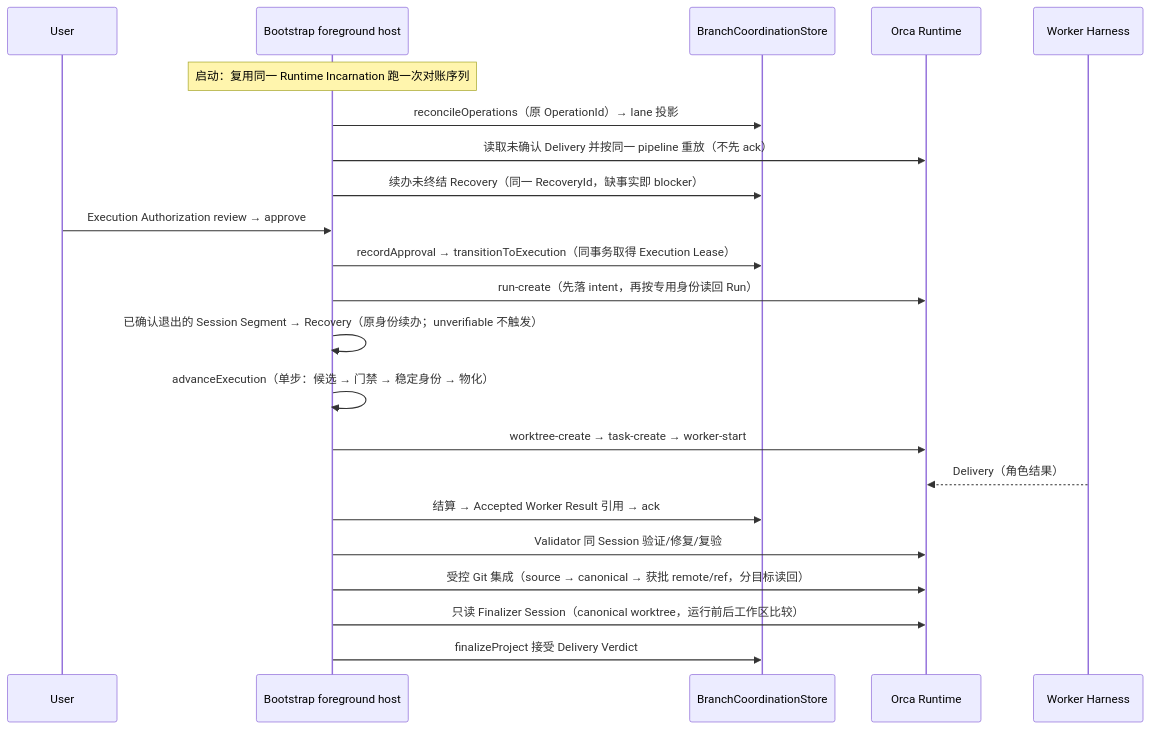
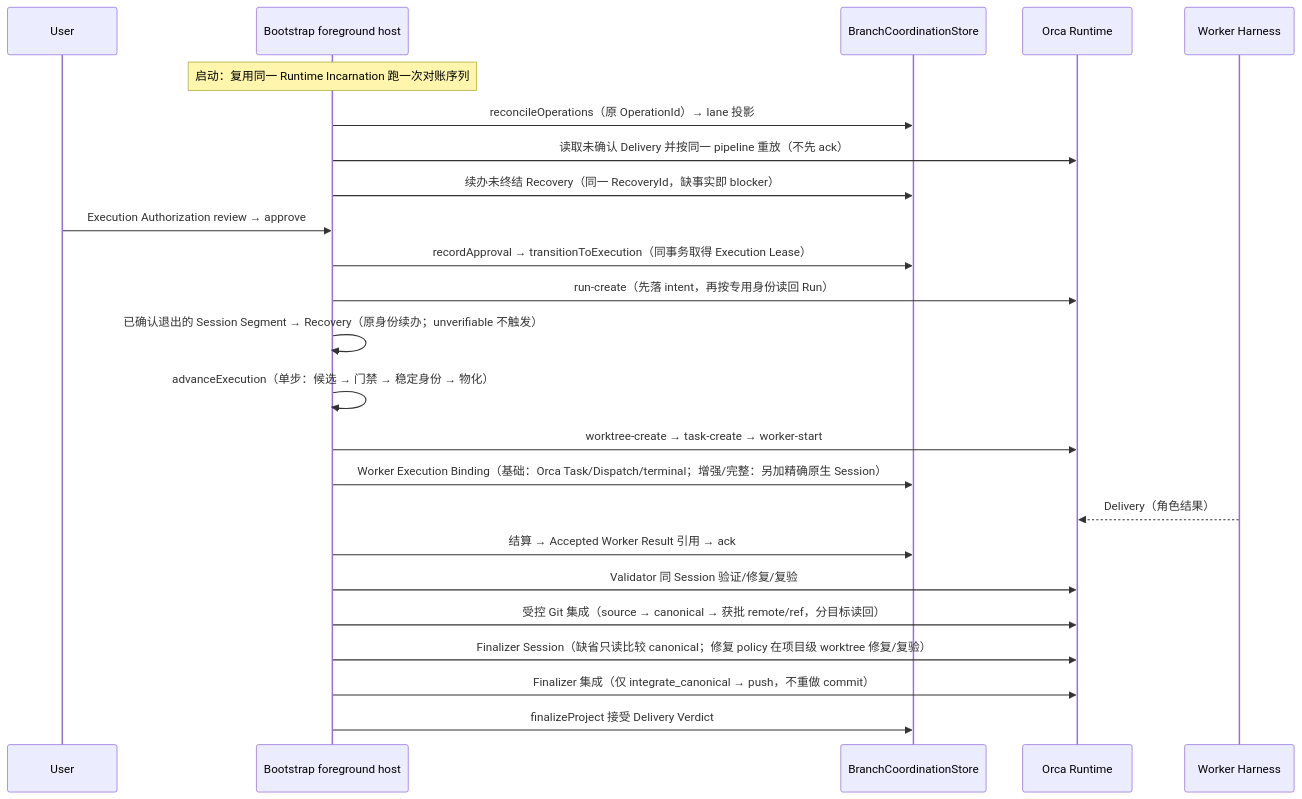
Before and after one commit to leike0813/orca-companion: the eighth of 10 diagrams in docs/architecture.md, drawn with Mermaid. The commit also changed other lines of this file and 115 other files, not shown here.

````diff
--- a/docs/architecture.md
+++ b/docs/architecture.md
@@ -327,25 +328,27 @@
 ```mermaid
 sequenceDiagram
   participant U as User
   participant B as Bootstrap foreground host
   participant S as BranchCoordinationStore
   participant O as Orca Runtime
   participant W as Worker Harness
 
   Note over B: 启动：复用同一 Runtime Incarnation 跑一次对账序列
   B->>S: reconcileOperations（原 OperationId）→ lane 投影
   B->>O: 读取未确认 Delivery 并按同一 pipeline 重放（不先 ack）
   B->>S: 续办未终结 Recovery（同一 RecoveryId，缺事实即 blocker）
   U->>B: Execution Authorization review → approve
   B->>S: recordApproval → transitionToExecution（同事务取得 Execution Lease）
   B->>O: run-create（先落 intent，再按专用身份读回 Run）
   B->>B: 已确认退出的 Session Segment → Recovery（原身份续办；unverifiable 不触发）
   B->>B: advanceExecution（单步：候选 → 门禁 → 稳定身份 → 物化）
   B->>O: worktree-create → task-create → worker-start
+  B->>S: Worker Execution Binding（基础：Orca Task/Dispatch/terminal；增强/完整：另加精确原生 Session）
   W-->>O: Delivery（角色结果）
   B->>S: 结算 → Accepted Worker Result 引用 → ack
   B->>O: Validator 同 Session 验证/修复/复验
   B->>O: 受控 Git 集成（source → canonical → 获批 remote/ref，分目标读回）
-  B->>O: 只读 Finalizer Session（canonical worktree，运行前后工作区比较）
+  B->>O: Finalizer Session（缺省只读比较 canonical；修复 policy 在项目级 worktree 修复/复验）
+  B->>O: Finalizer 集成（仅 integrate_canonical → push，不重做 commit）
   B->>S: finalizeProject 接受 Delivery Verdict
 ```
````
